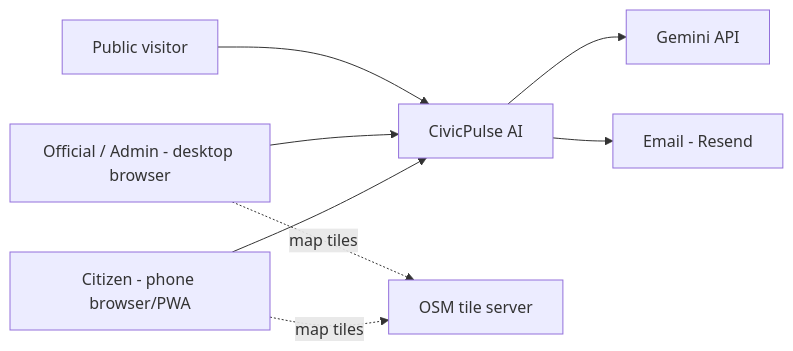
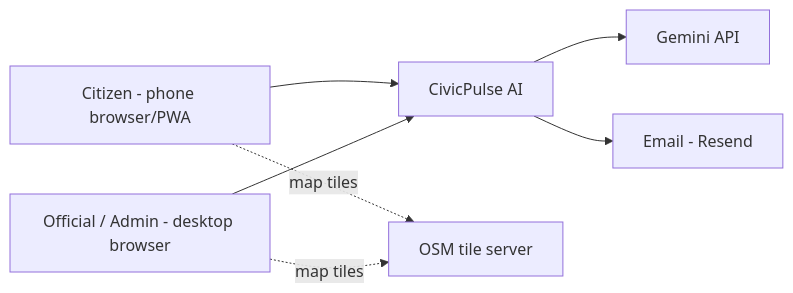
One commit to kalisingh2277/CivicPulse-AI changed the first of 2 diagrams in docs/05-architecture.md. Above: the diagram before and after it, drawn with Mermaid. The commit also changed other lines of this file and 9 other files, not shown here.

````diff
--- a/docs/05-architecture.md
+++ b/docs/05-architecture.md
@@ -5,17 +5,15 @@
 ```mermaid
 flowchart LR
     CIT[Citizen - phone browser/PWA]
     OFF[Official / Admin - desktop browser]
-    PUB[Public visitor]
     SYS[CivicPulse AI]
     GEM[Gemini API]
     EML[Email - Resend]
     OSM[OSM tile server]
     CIT --> SYS
     OFF --> SYS
-    PUB --> SYS
     SYS --> GEM
     SYS --> EML
     CIT -.map tiles.-> OSM
     OFF -.map tiles.-> OSM
 ```
````
